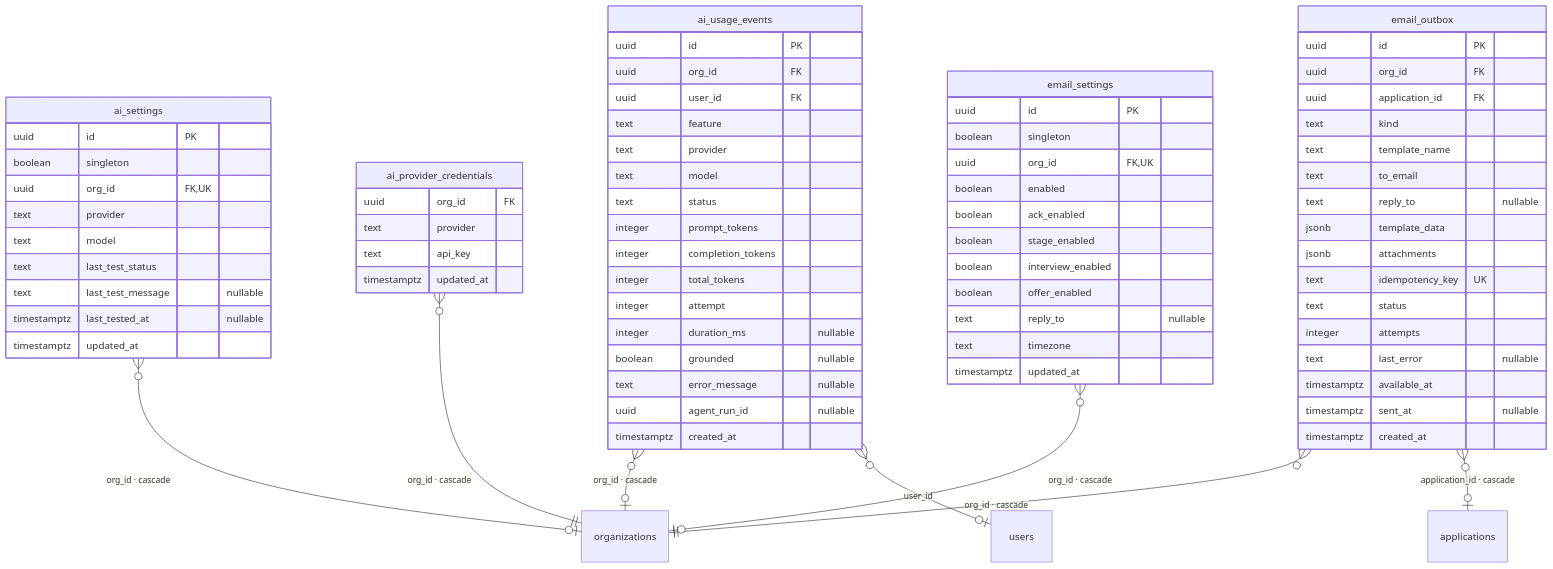
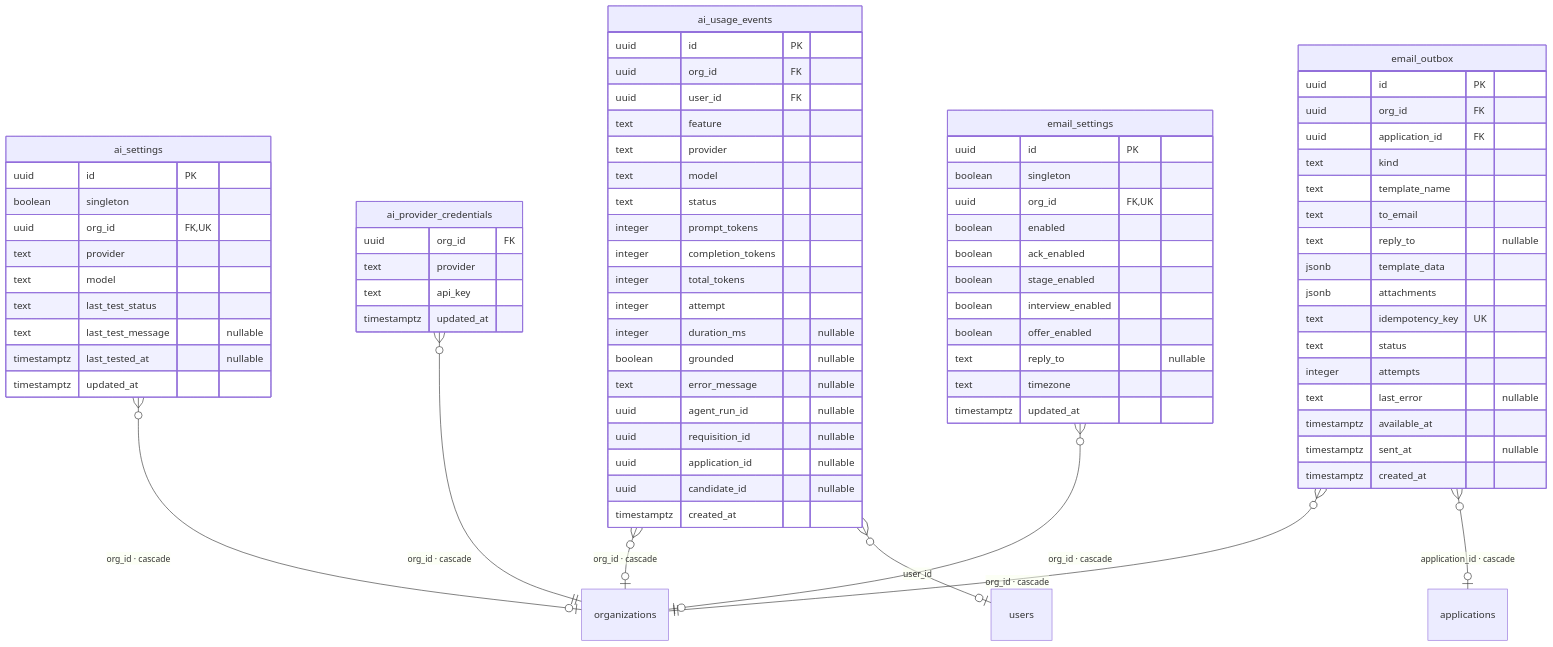
One commit to madhugraj/ATSAgent changed the ninth of 9 diagrams in docs/er-diagram.md. Above: the diagram before and after it, drawn with Mermaid. The commit also changed other lines of this file and 49 other files, not shown here.

````diff
--- a/docs/er-diagram.md
+++ b/docs/er-diagram.md
@@ -886,77 +890,80 @@
 ```mermaid
 erDiagram
   ai_settings {
     uuid id PK
     boolean singleton
     uuid org_id FK,UK
     text provider
     text model
     text last_test_status
     text last_test_message "nullable"
     timestamptz last_tested_at "nullable"
     timestamptz updated_at
   }
   ai_provider_credentials {
     uuid org_id FK
     text provider
     text api_key
     timestamptz updated_at
   }
   ai_usage_events {
     uuid id PK
     uuid org_id FK
     uuid user_id FK
     text feature
     text provider
     text model
     text status
     integer prompt_tokens
     integer completion_tokens
     integer total_tokens
     integer attempt
     integer duration_ms "nullable"
     boolean grounded "nullable"
     text error_message "nullable"
     uuid agent_run_id "nullable"
+    uuid requisition_id "nullable"
+    uuid application_id "nullable"
+    uuid candidate_id "nullable"
     timestamptz created_at
   }
   email_outbox {
     uuid id PK
     uuid org_id FK
     uuid application_id FK
     text kind
     text template_name
     text to_email
     text reply_to "nullable"
     jsonb template_data
     jsonb attachments
     text idempotency_key UK
     text status
     integer attempts
     text last_error "nullable"
     timestamptz available_at
     timestamptz sent_at "nullable"
     timestamptz created_at
   }
   email_settings {
     uuid id PK
     boolean singleton
     uuid org_id FK,UK
     boolean enabled
     boolean ack_enabled
     boolean stage_enabled
     boolean interview_enabled
     boolean offer_enabled
     text reply_to "nullable"
     text timezone
     timestamptz updated_at
   }
 
   ai_settings }o--o| organizations : "org_id · cascade"
   ai_provider_credentials }o--|| organizations : "org_id · cascade"
   ai_usage_events }o--o| organizations : "org_id · cascade"
   ai_usage_events }o--o| users : "user_id"
   email_outbox }o--|| organizations : "org_id · cascade"
   email_outbox }o--o| applications : "application_id · cascade"
   email_settings }o--o| organizations : "org_id · cascade"
 ```
````
